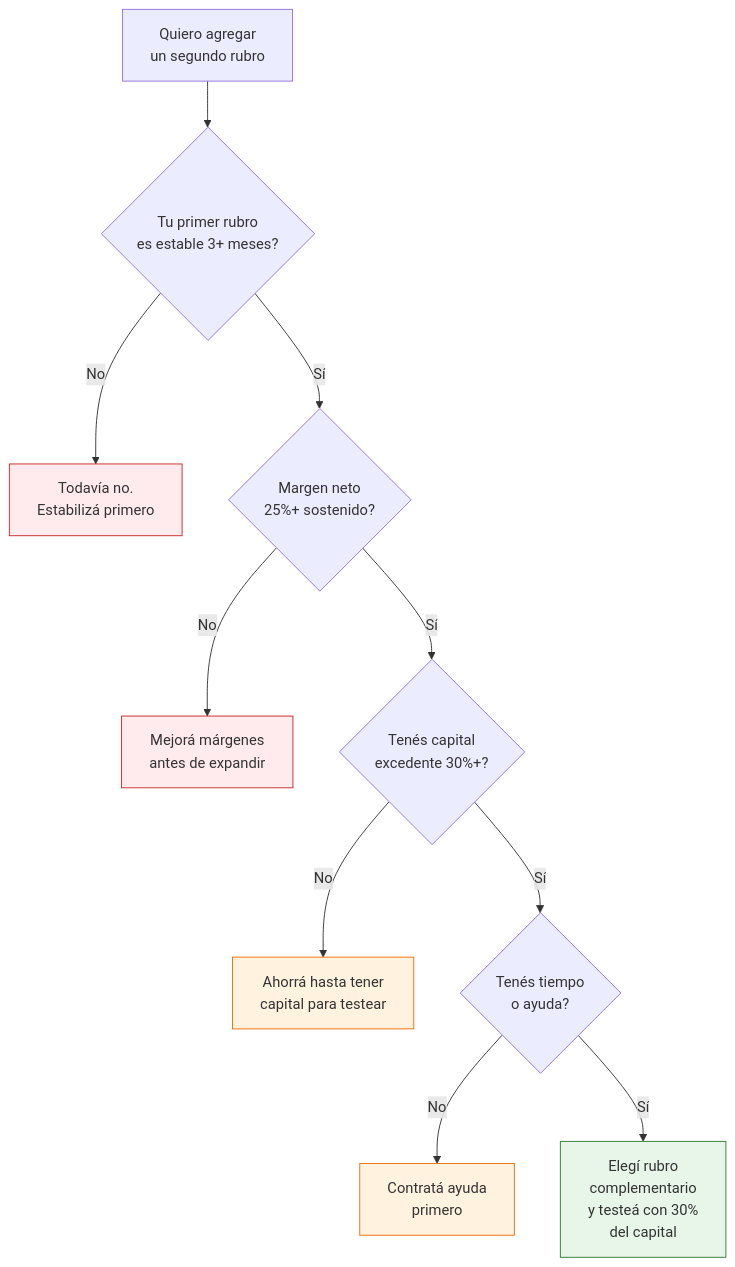
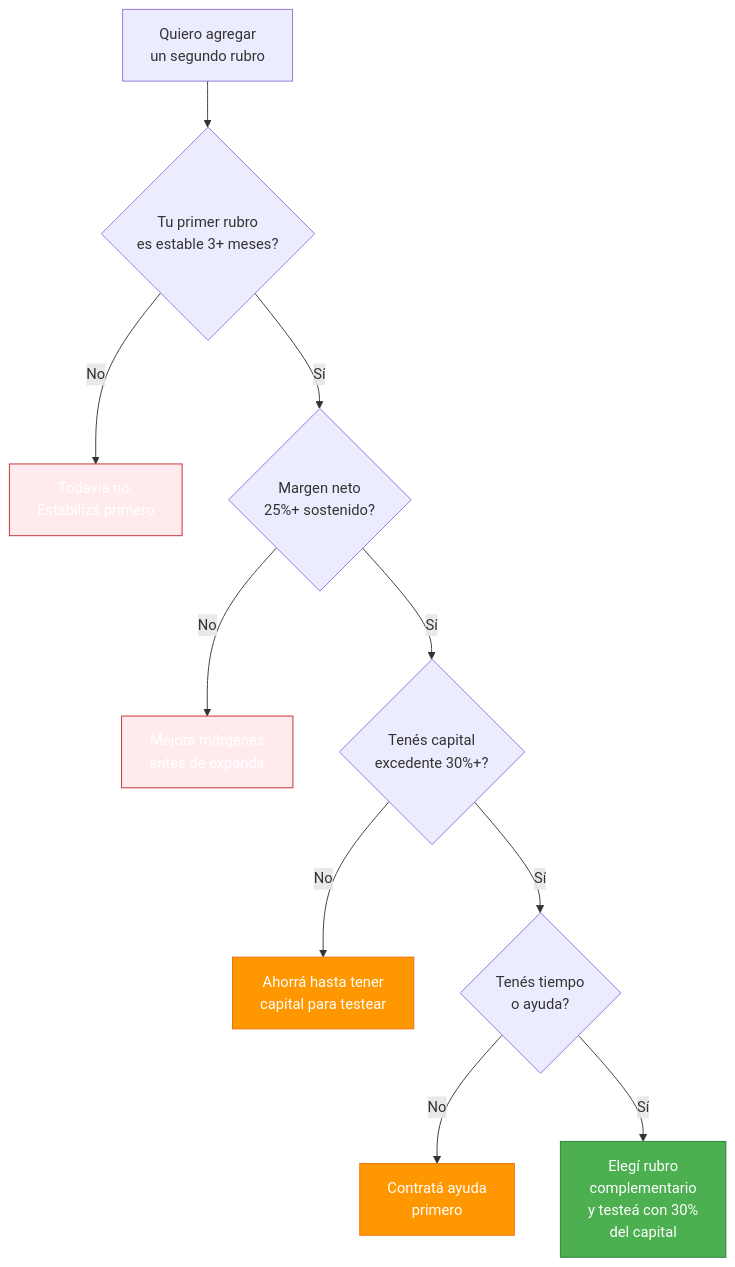
The second of 2 diagrams in app/paso1-argentina/crecer-gestionar/diversificar-rubros.mdx (barrosignacioezequiel-coder/docs), drawn with Mermaid before and after one commit. The commit also changed other lines of this file and 66 other files, not shown here.

First line of the commit message:
fix: resolve Mermaid v11 numbered list errors + improve contrast

````diff
--- a/app/paso1-argentina/crecer-gestionar/diversificar-rubros.mdx
+++ b/app/paso1-argentina/crecer-gestionar/diversificar-rubros.mdx
@@ -132,18 +132,18 @@
 ```mermaid
 graph TD
     A["Quiero agregar<br/>un segundo rubro"] --> B{"Tu primer rubro<br/>es estable 3+ meses?"}
     B -->|No| C["Todavía no.<br/>Estabilizá primero"]
     B -->|Sí| D{"Margen neto<br/>25%+ sostenido?"}
     D -->|No| E["Mejorá márgenes<br/>antes de expandir"]
     D -->|Sí| F{"Tenés capital<br/>excedente 30%+?"}
     F -->|No| G["Ahorrá hasta tener<br/>capital para testear"]
     F -->|Sí| H{"Tenés tiempo<br/>o ayuda?"}
     H -->|No| I["Contratá ayuda<br/>primero"]
     H -->|Sí| J["Elegí rubro<br/>complementario<br/>y testeá con 30%<br/>del capital"]
 
-    style C fill:#ffebee,stroke:#c62828
-    style E fill:#ffebee,stroke:#c62828
-    style G fill:#fff3e0,stroke:#ef6c00
-    style I fill:#fff3e0,stroke:#ef6c00
-    style J fill:#e8f5e9,stroke:#2e7d32
+    style C fill:#ffebee,stroke:#c62828,color:#fff
+    style E fill:#ffebee,stroke:#c62828,color:#fff
+    style G fill:#ff9800,stroke:#ef6c00,color:#fff
+    style I fill:#ff9800,stroke:#ef6c00,color:#fff
+    style J fill:#4caf50,stroke:#2e7d32,color:#fff
 ```
````
